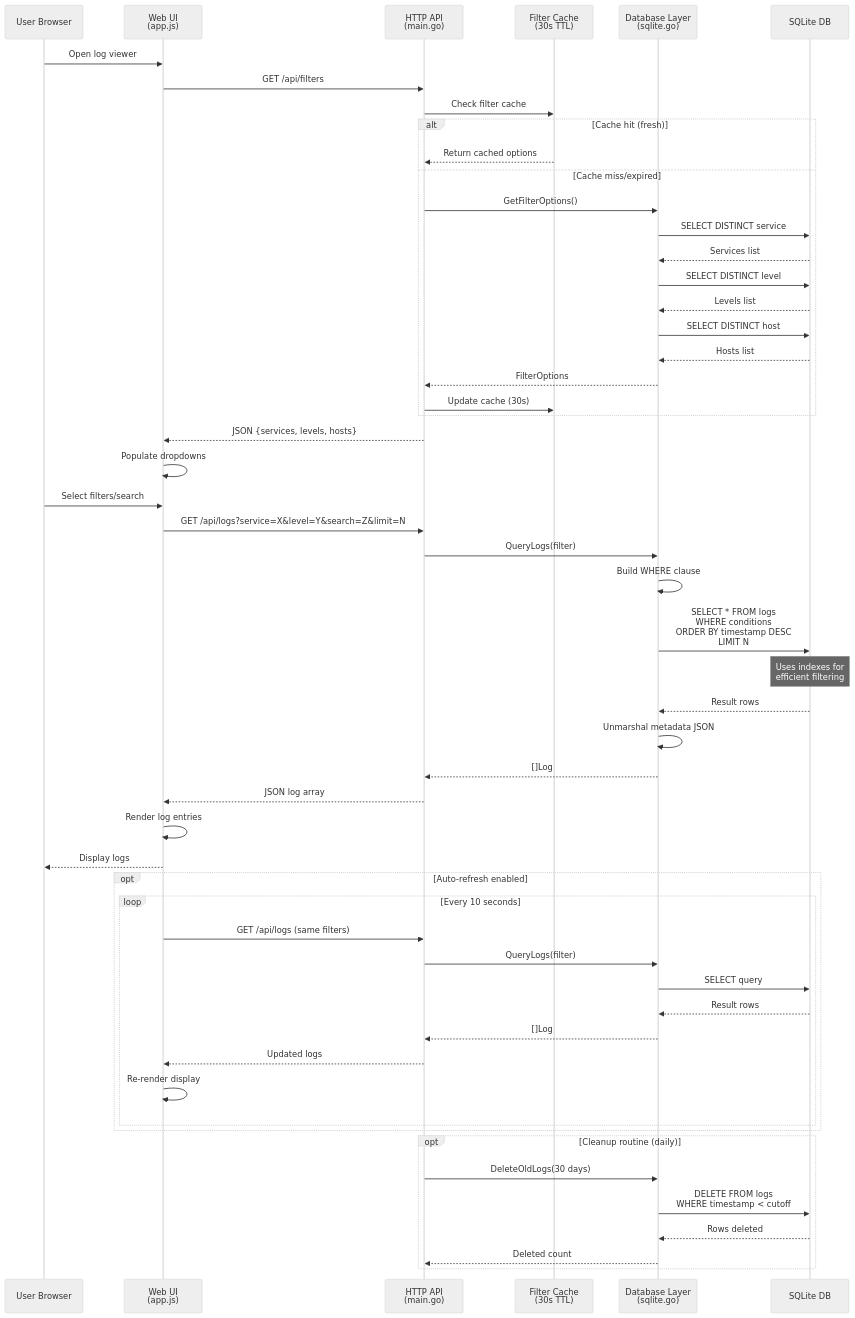
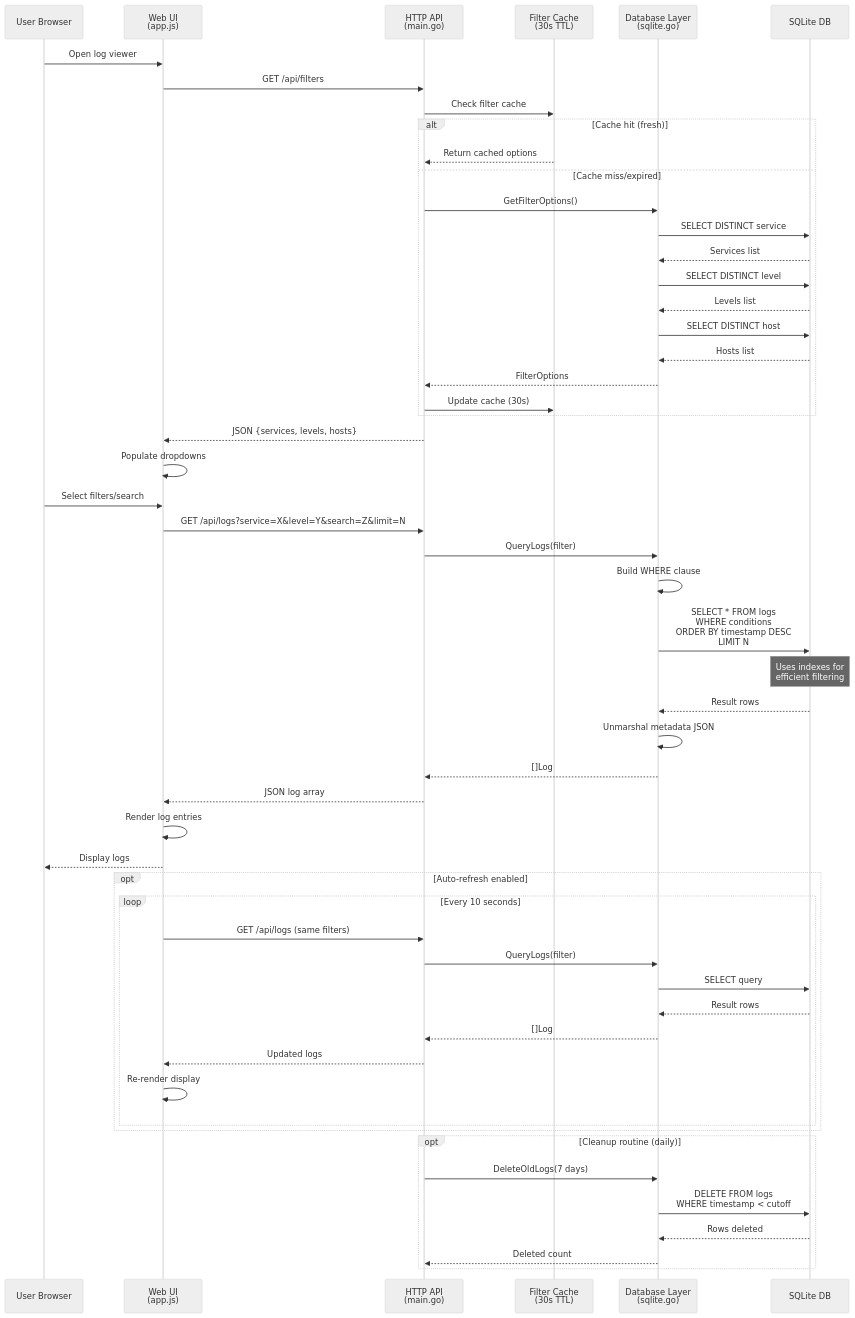
One commit to andrew-craig/locog changed the second of 2 diagrams in CLAUDE.md. Above: the diagram before and after it, drawn with Mermaid (neutral theme). The commit also changed other lines of this file and 1 other file, not shown here.

Commit message:
Reduce default log period

````diff
--- a/CLAUDE.md
+++ b/CLAUDE.md
@@ -103,60 +103,60 @@
 ```mermaid
 sequenceDiagram
     participant User as User Browser
     participant UI as Web UI<br/>(app.js)
     participant API as HTTP API<br/>(main.go)
     participant Cache as Filter Cache<br/>(30s TTL)
     participant DB as Database Layer<br/>(sqlite.go)
     participant SQLite as SQLite DB
 
     User->>UI: Open log viewer
     UI->>API: GET /api/filters
     API->>Cache: Check filter cache
     alt Cache hit (fresh)
         Cache-->>API: Return cached options
     else Cache miss/expired
         API->>DB: GetFilterOptions()
         DB->>SQLite: SELECT DISTINCT service
         SQLite-->>DB: Services list
         DB->>SQLite: SELECT DISTINCT level
         SQLite-->>DB: Levels list
         DB->>SQLite: SELECT DISTINCT host
         SQLite-->>DB: Hosts list
         DB-->>API: FilterOptions
         API->>Cache: Update cache (30s)
     end
     API-->>UI: JSON {services, levels, hosts}
     UI->>UI: Populate dropdowns
 
     User->>UI: Select filters/search
     UI->>API: GET /api/logs?service=X&level=Y&search=Z&limit=N
     API->>DB: QueryLogs(filter)
     DB->>DB: Build WHERE clause
     DB->>SQLite: SELECT * FROM logs<br/>WHERE conditions<br/>ORDER BY timestamp DESC<br/>LIMIT N
     Note over SQLite: Uses indexes for<br/>efficient filtering
     SQLite-->>DB: Result rows
     DB->>DB: Unmarshal metadata JSON
     DB-->>API: []Log
     API-->>UI: JSON log array
     UI->>UI: Render log entries
     UI-->>User: Display logs
 
     opt Auto-refresh enabled
         loop Every 10 seconds
             UI->>API: GET /api/logs (same filters)
             API->>DB: QueryLogs(filter)
             DB->>SQLite: SELECT query
             SQLite-->>DB: Result rows
             DB-->>API: []Log
             API-->>UI: Updated logs
             UI->>UI: Re-render display
         end
     end
 
     opt Cleanup routine (daily)
-        API->>DB: DeleteOldLogs(30 days)
+        API->>DB: DeleteOldLogs(7 days)
         DB->>SQLite: DELETE FROM logs<br/>WHERE timestamp < cutoff
         SQLite-->>DB: Rows deleted
         DB-->>API: Deleted count
     end
 ```
````
